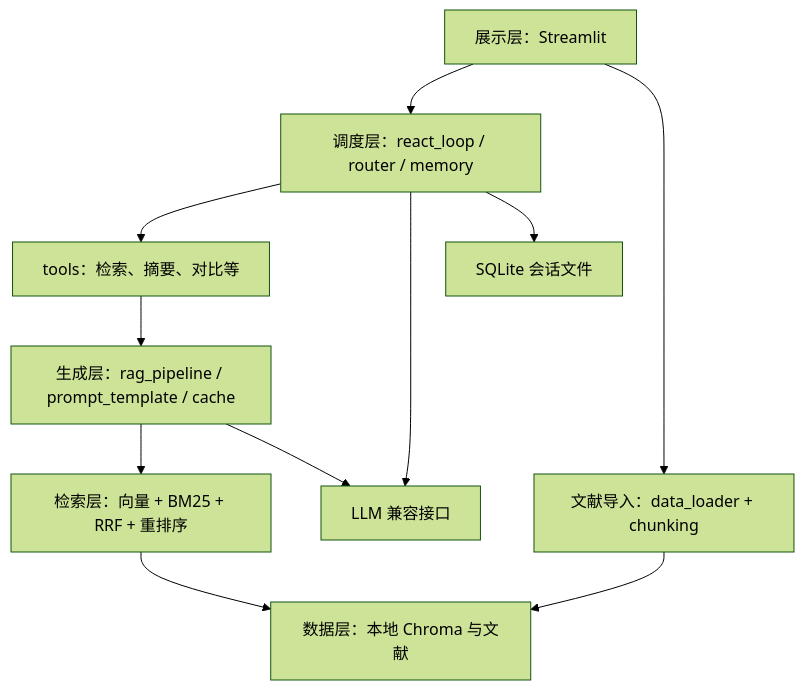
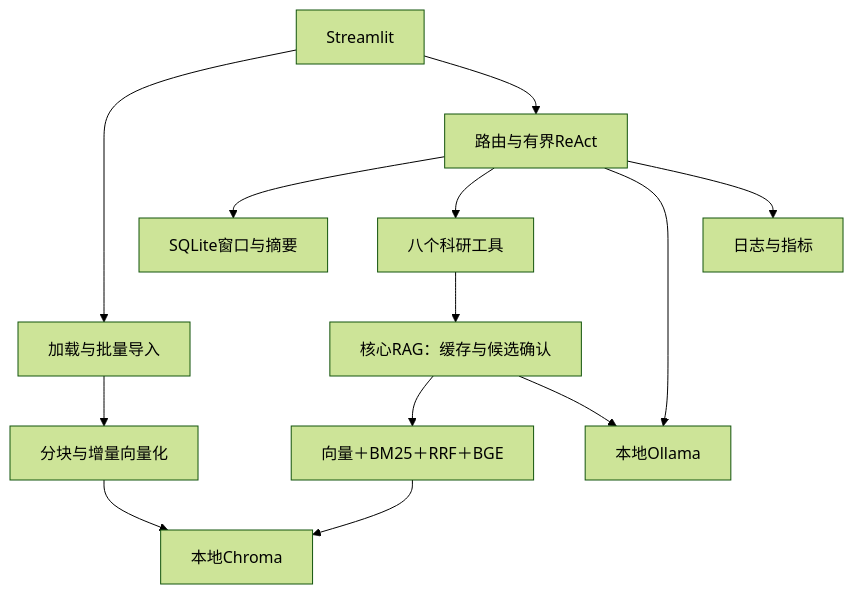
One commit to Reanf1/RAG-Agent changed the diagram in docs/技术设计文档.md. Above: the diagram before and after it, drawn with Mermaid (forest theme). The commit also changed other lines of this file and 124 other files, not shown here.

````diff
--- a/docs/技术设计文档.md
+++ b/docs/技术设计文档.md
@@ -130,13 +108,15 @@
 ```mermaid
 flowchart TB
-    UI[展示层：Streamlit] --> Agent[调度层：react_loop / router / memory]
-    UI --> Import[文献导入：data_loader + chunking]
-    Agent --> Tools[tools：检索、摘要、对比等]
-    Tools --> RAG[生成层：rag_pipeline / prompt_template / cache]
-    RAG --> Search[检索层：向量 + BM25 + RRF + 重排序]
-    Search --> Data[数据层：本地 Chroma 与文献]
-    Import --> Data
-    RAG --> LLM[LLM 兼容接口]
+    UI[Streamlit] --> Import[加载与批量导入]
+    Import --> Chunk[分块与增量向量化]
+    Chunk --> Store[本地Chroma]
+    UI --> Agent[路由与有界ReAct]
+    Agent --> Memory[SQLite窗口与摘要]
+    Agent --> Tools[八个科研工具]
+    Tools --> RAG[核心RAG：缓存与候选确认]
+    RAG --> Search[向量＋BM25＋RRF＋BGE]
+    Search --> Store
+    RAG --> LLM[本地Ollama]
     Agent --> LLM
-    Agent --> Memory[SQLite 会话文件]
+    Agent --> Log[日志与指标]
 ```
````
